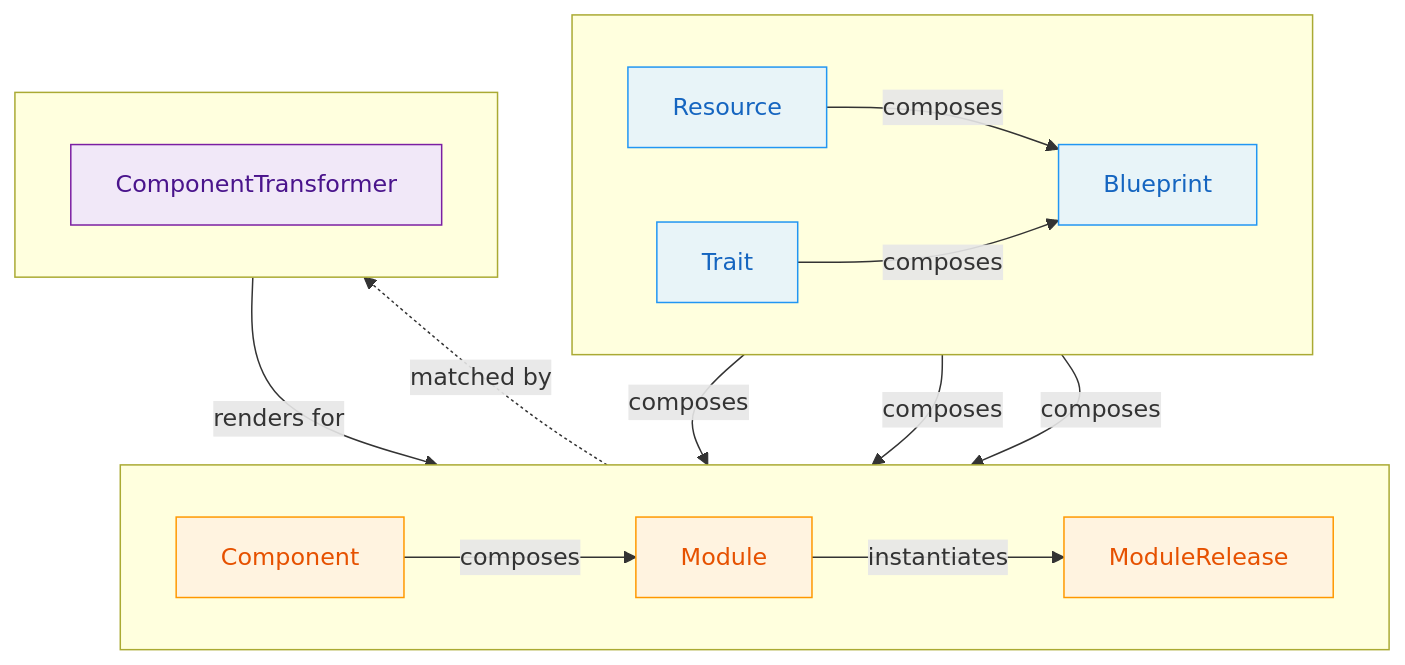
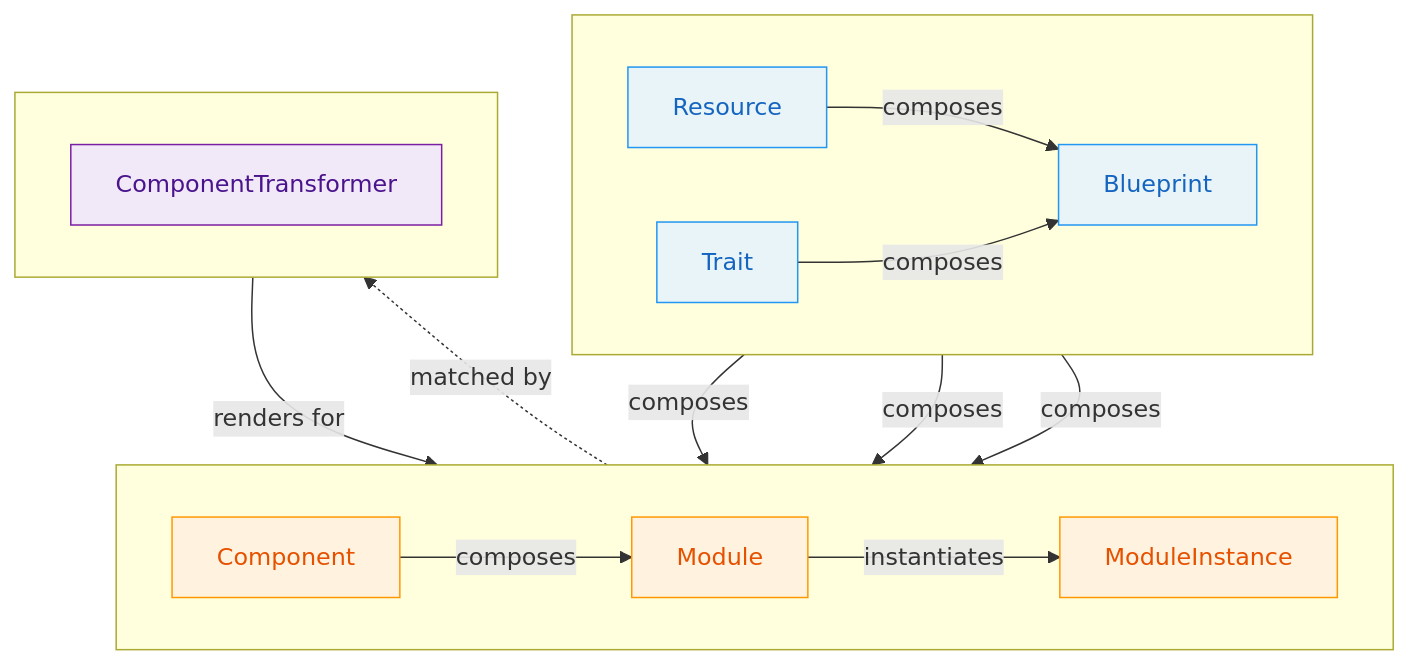
The diagram in docs/definition-types.md (open-platform-model/core), drawn with Mermaid before and after one commit. The commit also changed other lines of this file and 20 other files, not shown here.

First line of the commit message:
feat(schema)!: rename #ModuleRelease family to #ModuleInstance

````diff
--- a/docs/definition-types.md
+++ b/docs/definition-types.md
@@ -11,38 +11,38 @@
 ```mermaid
 graph TB
     subgraph Primitives[" "]
         direction LR
         Resource:::primitive
         Trait:::primitive
         Blueprint:::primitive
     end
 
     subgraph Constructs[" "]
         direction LR
         Component:::construct
         Module:::construct
-        ModuleRelease:::construct
+        ModuleInstance:::construct
     end
 
     subgraph Adapters[" "]
         direction LR
         ComponentTransformer:::adapter
     end
 
     Resource -->|composes| Blueprint
     Trait -->|composes| Blueprint
 
     Resource -->|composes| Component
     Trait -->|composes| Component
     Blueprint -->|composes| Component
 
     Component -->|composes| Module
-    Module -->|instantiates| ModuleRelease
+    Module -->|instantiates| ModuleInstance
 
     Component -.->|matched by| ComponentTransformer
-    ComponentTransformer -->|renders for| ModuleRelease
+    ComponentTransformer -->|renders for| ModuleInstance
 
     classDef primitive fill:#e8f4f8,stroke:#2196F3,color:#1565C0
     classDef construct fill:#fff3e0,stroke:#FF9800,color:#E65100
     classDef adapter  fill:#f1e8f8,stroke:#7B1FA2,color:#4A148C
 ```
````
